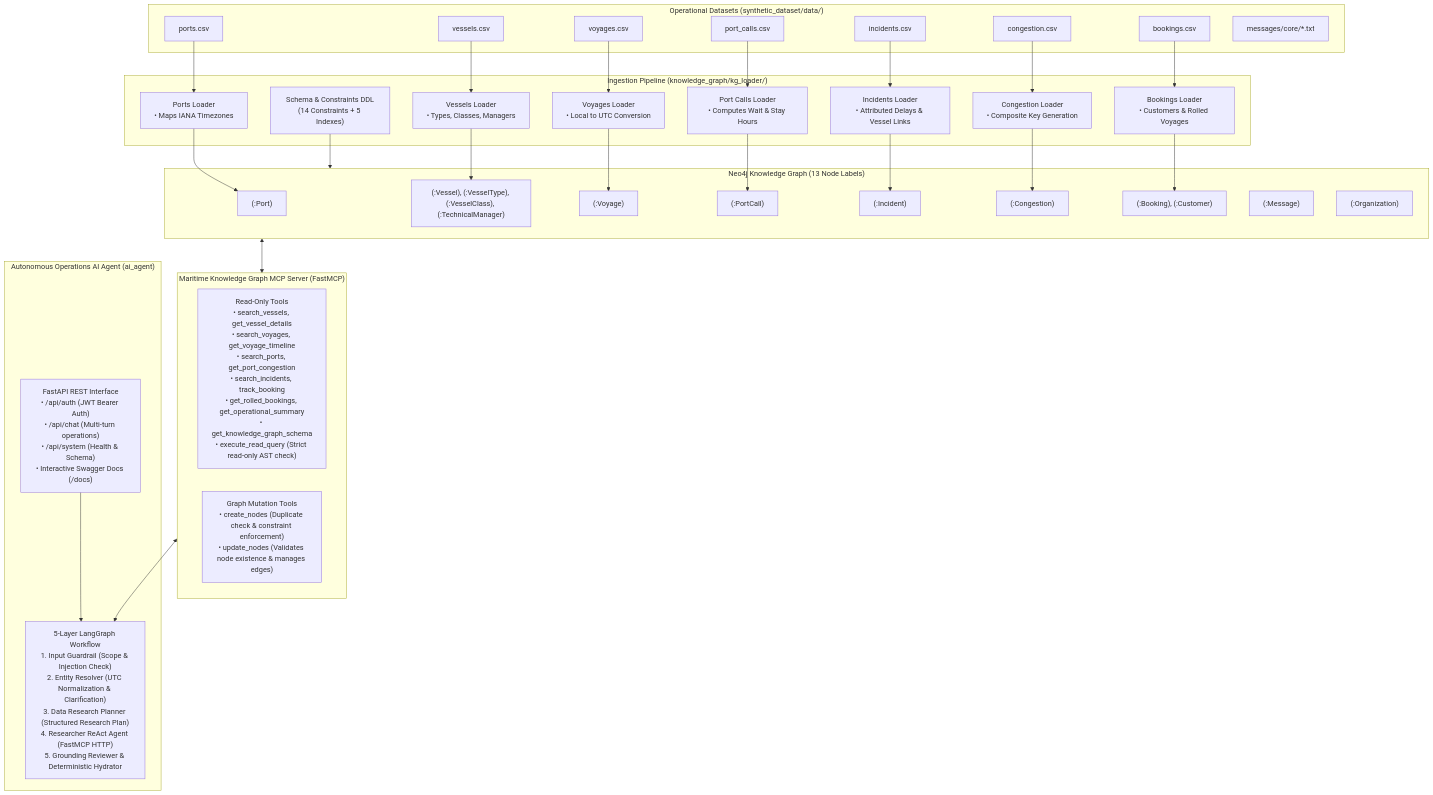
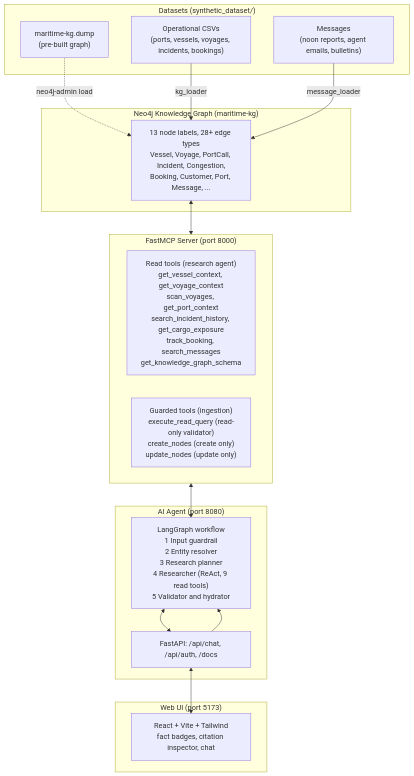
The diagram in README.md (Gokul-panneerselvam/maritime-assistant), drawn with Mermaid before and after one commit. The commit also changed other lines of this file and 12 other files, not shown here.

First line of the commit message:
docs: add write-up, evaluation reports, ingestion sample run and screenshot; restructure the README

````diff
--- a/README.md
+++ b/README.md
@@ -25,61 +89,35 @@
 ```mermaid
 flowchart TD
-    subgraph DataSources["Operational Datasets (synthetic_dataset/data/)"]
-        P["ports.csv"]
-        V["vessels.csv"]
-        Voy["voyages.csv"]
-        PC["port_calls.csv"]
-        Inc["incidents.csv"]
-        Cg["congestion.csv"]
-        Bk["bookings.csv"]
-        Msg["messages/core/*.txt"]
+    subgraph DataSources["Datasets (synthetic_dataset/)"]
+        Dump["maritime-kg.dump<br/>(pre-built graph)"]
+        CSV["Operational CSVs<br/>(ports, vessels, voyages, incidents, bookings)"]
+        Msg["Messages<br/>(noon reports, agent emails, bulletins)"]
     end
 
-    subgraph Pipeline["Ingestion Pipeline (knowledge_graph/kg_loader/)"]
-        Sch["Schema & Constraints DDL<br/>(14 Constraints + 5 Indexes)"]
-        PLoad["Ports Loader<br/>• Maps IANA Timezones"]
-        VLoad["Vessels Loader<br/>• Types, Classes, Managers"]
-        VoyLoad["Voyages Loader<br/>• Local to UTC Conversion"]
-        PCLoad["Port Calls Loader<br/>• Computes Wait & Stay Hours"]
-        IncLoad["Incidents Loader<br/>• Attributed Delays & Vessel Links"]
-        CgLoad["Congestion Loader<br/>• Composite Key Generation"]
-        BkLoad["Bookings Loader<br/>• Customers & Rolled Voyages"]
+    subgraph Neo4j["Neo4j Knowledge Graph (maritime-kg)"]
+        Graph["13 node labels, 28+ edge types<br/>Vessel, Voyage, PortCall, Incident, Congestion,<br/>Booking, Customer, Port, Message, ..."]
     end
 
-    subgraph Neo4j["Neo4j Knowledge Graph (13 Node Labels)"]
-        NodePort["(:Port)"]
-        NodeVessel["(:Vessel), (:VesselType), (:VesselClass), (:TechnicalManager)"]
-        NodeVoyage["(:Voyage)"]
-        NodePC["(:PortCall)"]
-        NodeInc["(:Incident)"]
-        NodeCg["(:Congestion)"]
-        NodeBk["(:Booking), (:Customer)"]
-        NodeMsg["(:Message)"]
-        NodeOrg["(:Organization)"]
+    subgraph MCPServer["FastMCP Server (port 8000)"]
+        ReadTools["Read tools (research agent)<br/>get_vessel_context, get_voyage_context<br/>scan_voyages, get_port_context<br/>search_incident_history, get_cargo_exposure<br/>track_booking, search_messages<br/>get_knowledge_graph_schema"]
+        GuardedTools["Guarded tools (ingestion)<br/>execute_read_query (read-only validator)<br/>create_nodes (create only)<br/>update_nodes (update only)"]
     end
 
-    subgraph MCPServer["Maritime Knowledge Graph MCP Server (FastMCP)"]
-        ReadTools["Read-Only Tools<br/>• search_vessels, get_vessel_details<br/>• search_voyages, get_voyage_timeline<br/>• search_ports, get_port_congestion<br/>• search_incidents, track_booking<br/>• get_rolled_bookings, get_operational_summary<br/>• get_knowledge_graph_schema<br/>• execute_read_query (Strict read-only AST check)"]
-        MutationTools["Graph Mutation Tools<br/>• create_nodes (Duplicate check & constraint enforcement)<br/>• update_nodes (Validates node existence & manages edges)"]
-    end
-
-    subgraph Agent["Autonomous Operations AI Agent (ai_agent)"]
-        API["FastAPI REST Interface<br/>• /api/auth (JWT Bearer Auth)<br/>• /api/chat (Multi-turn operations)<br/>• /api/system (Health & Schema)<br/>• Interactive Swagger Docs (/docs)"]
-        
-        LG["5-Layer LangGraph Workflow<br/>1. Input Guardrail (Scope & Injection Check)<br/>2. Entity Resolver (UTC Normalization & Clarification)<br/>3. Data Research Planner (Structured Research Plan)<br/>4. Researcher ReAct Agent (FastMCP HTTP)<br/>5. Grounding Reviewer & Deterministic Hydrator"]
-        
+    subgraph Agent["AI Agent (port 8080)"]
+        API["FastAPI: /api/chat, /api/auth, /docs"]
+        LG["LangGraph workflow<br/>1 Input guardrail<br/>2 Entity resolver<br/>3 Research planner<br/>4 Researcher (ReAct, 9 read tools)<br/>5 Validator and hydrator"]
         API --> LG
     end
 
-    Sch --> Neo4j
-    P --> PLoad --> NodePort
-    V --> VLoad --> NodeVessel
-    Voy --> VoyLoad --> NodeVoyage
-    PC --> PCLoad --> NodePC
-    Inc --> IncLoad --> NodeInc
-    Cg --> CgLoad --> NodeCg
-    Bk --> BkLoad --> NodeBk
+    subgraph UI["Web UI (port 5173)"]
+        ReactApp["React + Vite + Tailwind<br/>fact badges, citation inspector, chat"]
+    end
 
-    Neo4j <--> MCPServer
+    Dump -.->|neo4j-admin load| Graph
+    CSV -->|kg_loader| Graph
+    Msg -->|message_loader| Graph
+    Graph <--> MCPServer
     MCPServer <--> LG
+    LG <--> API
+    API <--> ReactApp
 ```
````
